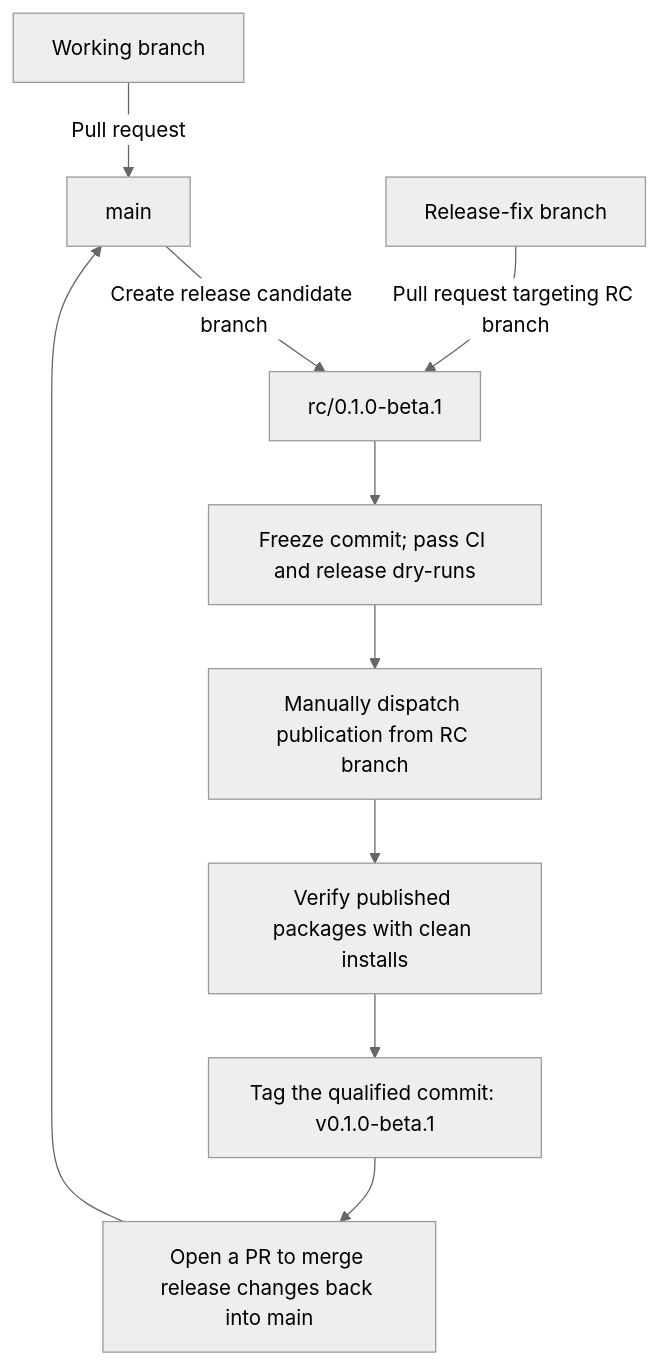
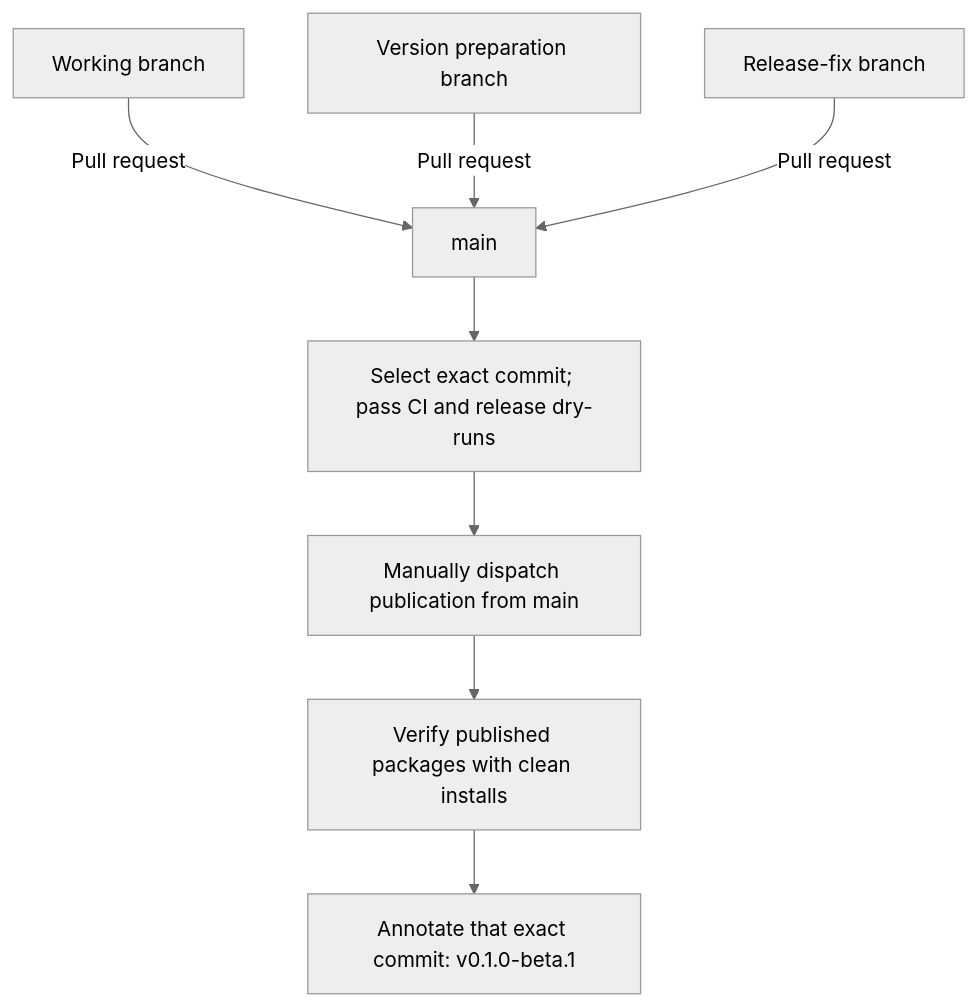
The diagram in docs/releasing.md (redact-secret/redact-secret), drawn with Mermaid (neutral theme) before and after one commit. The commit also changed other lines of this file and 17 other files, not shown here.

First line of the commit message:
fix(release): pin immutable benchmark and main source (#801)

````diff
--- a/docs/releasing.md
+++ b/docs/releasing.md
@@ -58,12 +58,10 @@
 ```mermaid
 flowchart TD
     work["Working branch"] -->|Pull request| main["main"]
-    main -->|Create release candidate branch| candidate["rc/0.1.0-beta.1"]
-    fix["Release-fix branch"] -->|Pull request targeting RC branch| candidate
-    candidate --> checks["Freeze commit; pass CI and release dry-runs"]
-    checks --> publish["Manually dispatch publication from RC branch"]
+    prep["Version preparation branch"] -->|Pull request| main
+    fix["Release-fix branch"] -->|Pull request| main
+    main --> checks["Select exact commit; pass CI and release dry-runs"]
+    checks --> publish["Manually dispatch publication from main"]
     publish --> verify["Verify published packages with clean installs"]
-    verify --> tag["Tag the qualified commit: v0.1.0-beta.1"]
-    tag --> backport["Open a PR to merge release changes back into main"]
-    backport --> main
+    verify --> tag["Annotate that exact commit: v0.1.0-beta.1"]
 ```
````
